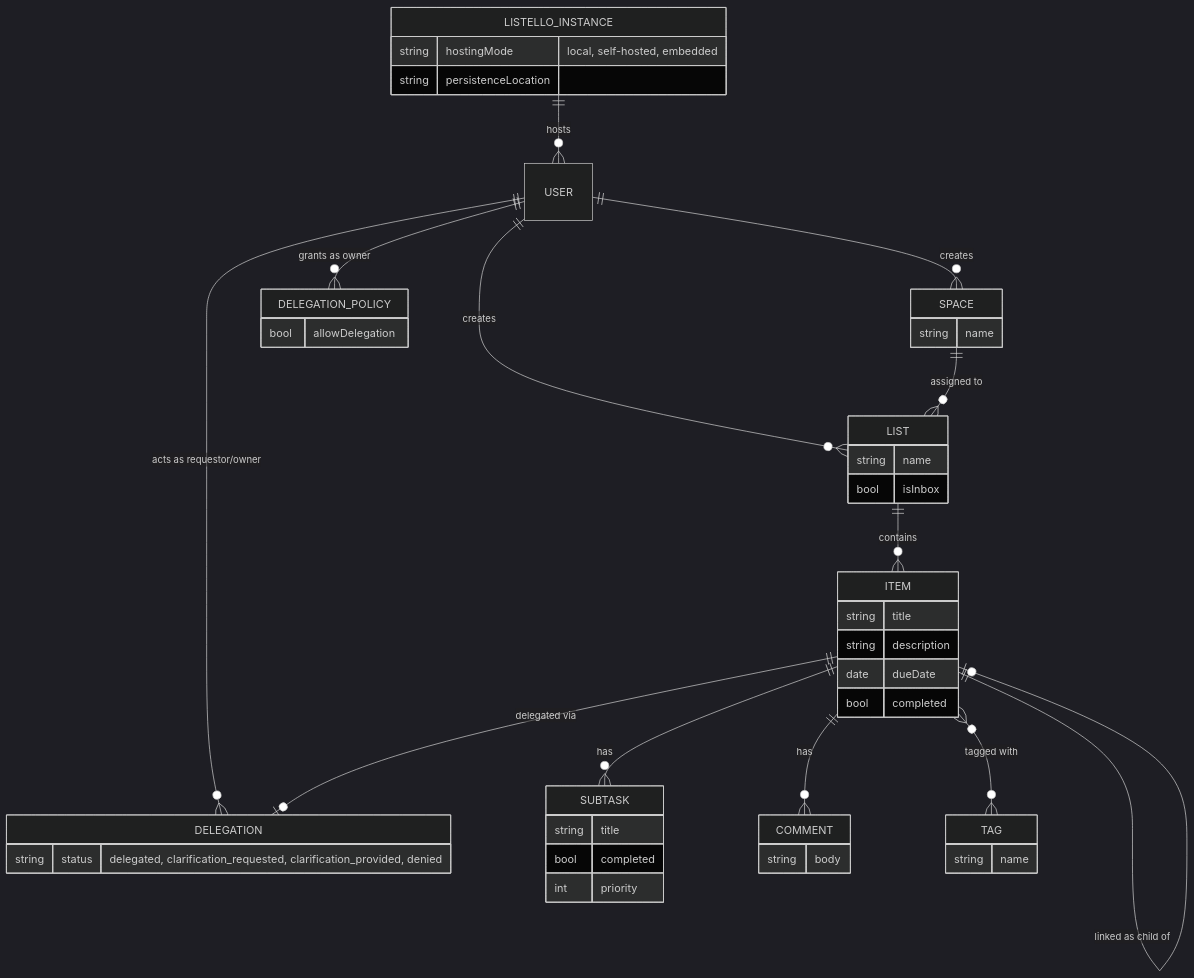
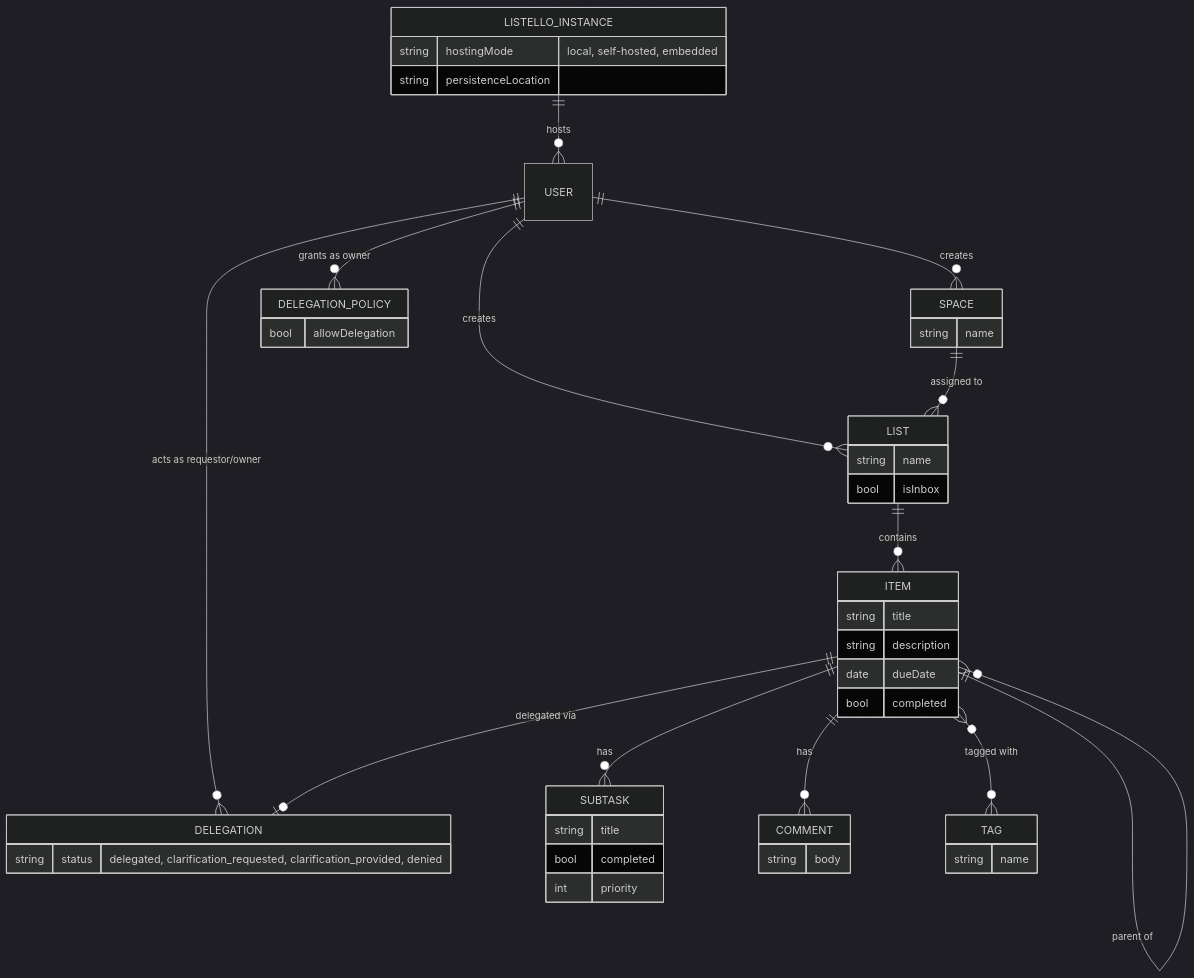
The diagram in docs/domain-model.md (bkotos/listello), drawn with Mermaid (dark theme) before and after one commit. The commit also changed other lines of this file and 3 other files, not shown here.

First line of the commit message:
Specify Item.LinkAsChild with many children per parent.

````diff
--- a/docs/domain-model.md
+++ b/docs/domain-model.md
@@ -9,58 +9,58 @@
 ```mermaid
 erDiagram
     LISTELLO_INSTANCE ||--o{ USER : hosts
     LISTELLO_INSTANCE {
         string hostingMode "local, self-hosted, embedded"
         string persistenceLocation
     }
 
     USER ||--o{ SPACE : creates
     USER ||--o{ LIST : creates
     USER ||--o{ DELEGATION_POLICY : "grants as owner"
     USER ||--o{ DELEGATION : "acts as requestor/owner"
 
     SPACE ||--o{ LIST : "assigned to"
     SPACE {
         string name
     }
 
     LIST ||--o{ ITEM : contains
     LIST {
         string name
         bool isInbox
     }
 
     ITEM ||--o{ SUBTASK : has
     ITEM ||--o{ COMMENT : has
     ITEM }o--o{ TAG : "tagged with"
-    ITEM ||--o| ITEM : "linked as child of"
+    ITEM ||--o{ ITEM : "parent of"
     ITEM ||--o| DELEGATION : "delegated via"
     ITEM {
         string title
         string description
         date dueDate
         bool completed
     }
 
     SUBTASK {
         string title
         bool completed
         int priority
     }
 
     COMMENT {
         string body
     }
 
     TAG {
         string name
     }
 
     DELEGATION_POLICY {
         bool allowDelegation
     }
 
     DELEGATION {
         string status "delegated, clarification_requested, clarification_provided, denied"
     }
 ```
````
